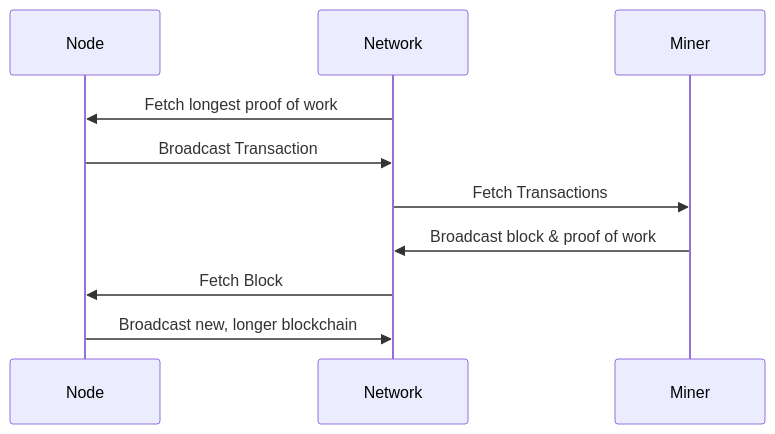
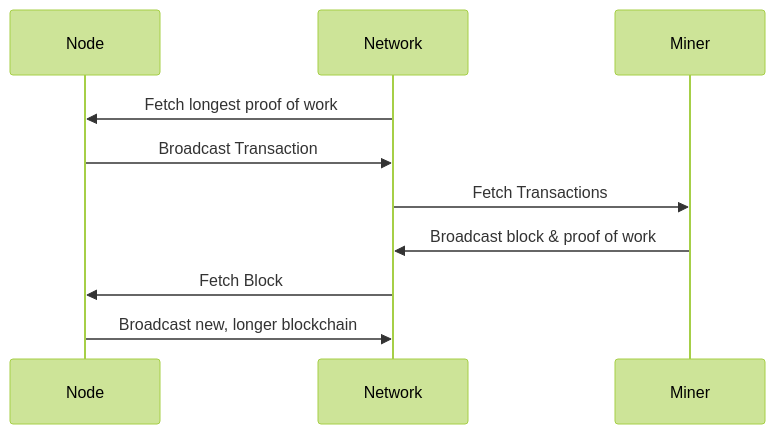
The sixth of 6 diagrams in A1/a1presentation.md (cainsusk/BitcoinCore-Architecture), drawn with Mermaid before and after one commit. The commit also changed other lines of this file and 1 other file, not shown here.

First line of the commit message:
Change slides & graphs theme

````diff
--- a/A1/a1presentation.md
+++ b/A1/a1presentation.md
@@ -211,13 +216,14 @@
 ```mermaid
+%%{init: {"theme": "forest"}}%%
 sequenceDiagram
         participant n as Node
         participant N as Network
         participant m as Miner
 
         N ->> n : Fetch longest proof of work
         n ->> N : Broadcast Transaction
         N ->> m : Fetch Transactions
         m ->> N : Broadcast block & proof of work
         N ->> n : Fetch Block
         n ->> N : Broadcast new, longer blockchain
 ```
````
